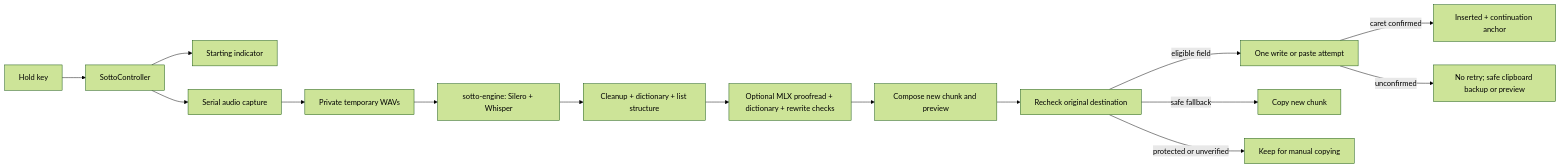
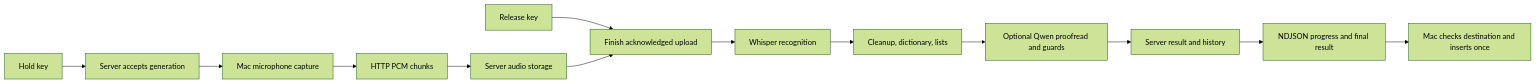
One commit to JessePomeroy/cotto changed the diagram in docs/architecture.md. Above: the diagram before and after it, drawn with Mermaid (forest theme). The commit also changed other lines of this file and 103 other files, not shown here.

Commit message:
FEATURE: Add independent Sotto server and thin Mac client

````diff
--- a/docs/architecture.md
+++ b/docs/architecture.md
@@ -7,17 +5,15 @@
 ```mermaid
 flowchart LR
-    Key[Hold key] --> Controller[SottoController]
-    Controller --> HUD[Starting indicator]
-    Controller --> Capture[Serial audio capture]
-    Capture --> WAV[Private temporary WAVs]
-    WAV --> Speech[sotto-engine: Silero + Whisper]
-    Speech --> Rules[Cleanup + dictionary + list structure]
-    Rules --> Correction[Optional MLX proofread + dictionary + rewrite checks]
-    Correction --> Composer[Compose new chunk and preview]
-    Composer --> Delivery[Recheck original destination]
-    Delivery -->|eligible field| Write[One write or paste attempt]
-    Delivery -->|safe fallback| Clipboard[Copy new chunk]
-    Delivery -->|protected or unverified| Preview[Keep for manual copying]
-    Write -->|caret confirmed| Inserted[Inserted + continuation anchor]
-    Write -->|unconfirmed| Backup[No retry; safe clipboard backup or preview]
+    Key[Hold key] --> Accept[Server accepts generation]
+    Accept --> Capture[Mac microphone capture]
+    Capture --> Upload[HTTP PCM chunks]
+    Upload --> Store[Server audio storage]
+    Release[Release key] --> Finish[Finish acknowledged upload]
+    Store --> Finish
+    Finish --> Whisper[Whisper recognition]
+    Whisper --> Rules[Cleanup, dictionary, lists]
+    Rules --> Qwen[Optional Qwen proofread and guards]
+    Qwen --> History[Server result and history]
+    History --> Events[NDJSON progress and final result]
+    Events --> Delivery[Mac checks destination and inserts once]
 ```
````
